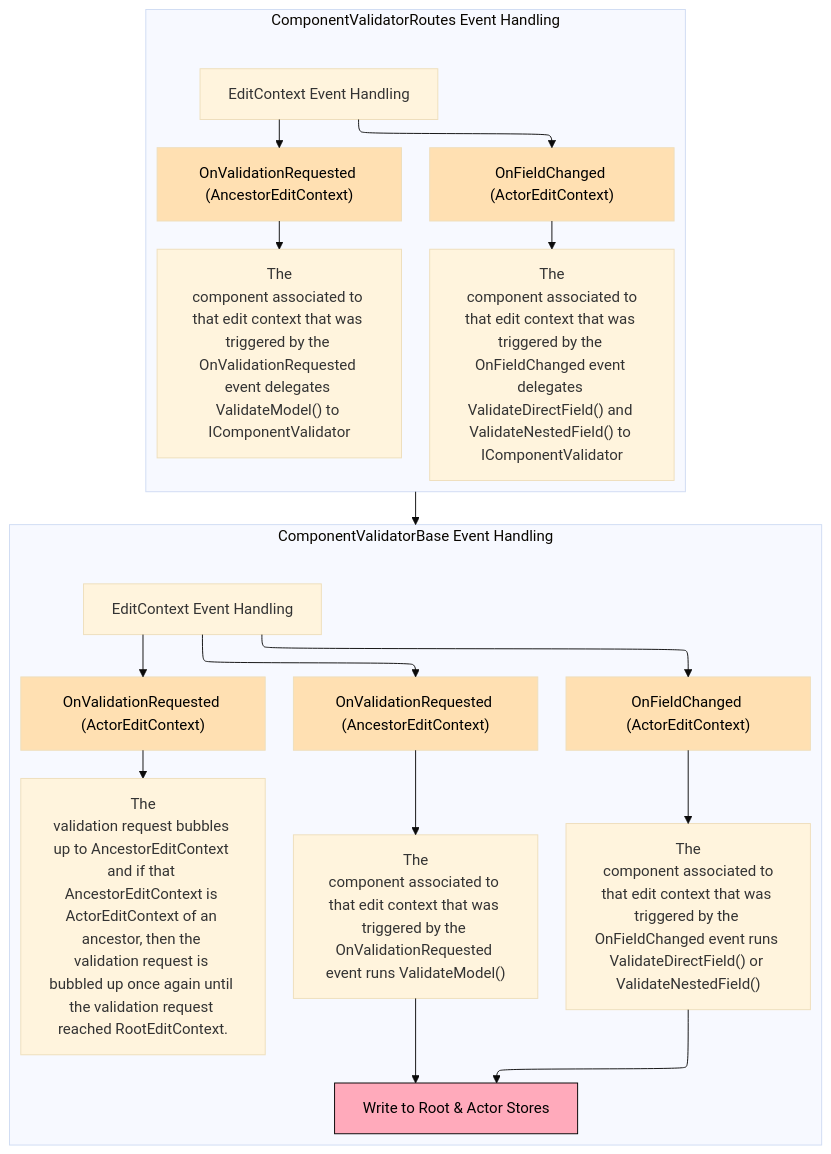
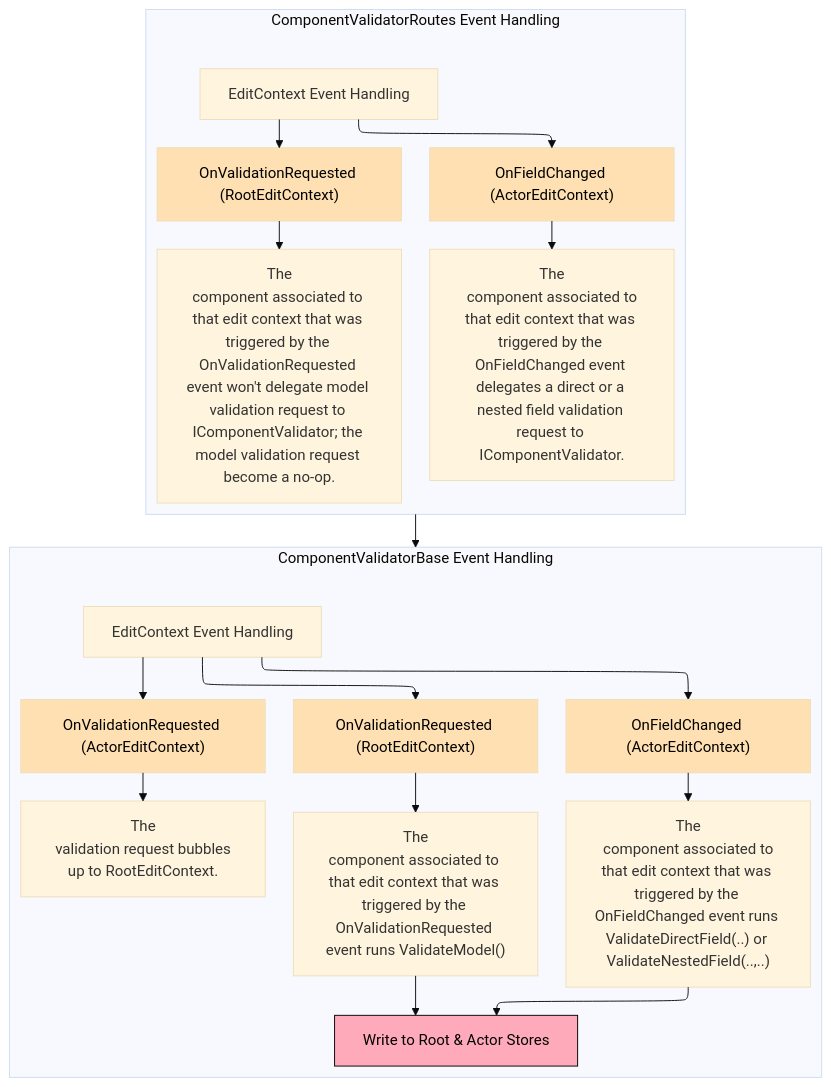
One commit to tenekon/Tenekon.FluentValidation.Extensions changed the second of 2 diagrams in src/Tenekon.FluentValidation.Extensions.AspNetCore.Components/FLOWLOGIC.md. Above: the diagram before and after it, drawn with Mermaid. The commit also changed other lines of this file and 13 other files, not shown here.

First line of the commit message:
fix!: any validator component in scope of root edit context are now validating their models

````diff
--- a/src/Tenekon.FluentValidation.Extensions.AspNetCore.Components/FLOWLOGIC.md
+++ b/src/Tenekon.FluentValidation.Extensions.AspNetCore.Components/FLOWLOGIC.md
@@ -146,60 +146,60 @@
 ```mermaid
 ---
 config:
   layout: elk
   theme: base
   look: classic
 ---
 flowchart TD
  subgraph s8["ComponentValidatorRoutes Event Handling"]
-        n16["OnValidationRequested (AncestorEditContext)"]
-        n17@{ label: "<span style=\"padding-left:\">The\n component associated to that edit context that was triggered by the \nOnValidationRequested event delegates ValidateModel() to \nIComponentValidator</span>" }
+        n16["OnValidationRequested (RootEditContext)"]
+        n17@{ label: "<span style=\"padding-left:\">The\n component associated to that edit context that was triggered by the \nOnValidationRequested event won't delegate model validation request to \nIComponentValidator; the model validation request become a no-op.</span>" }
         n18["OnFieldChanged (ActorEditContext)"]
         n19["The
  component associated to that edit context that was triggered by the 
-OnFieldChanged event delegates ValidateDirectField() and 
-ValidateNestedField() to IComponentValidator"]
+OnFieldChanged event delegates a direct or a nested field validation request to IComponentValidator."]
         n20["EditContext Event Handling"]
   end
  subgraph s9["ComponentValidatorBase Event Handling"]
         n21["OnValidationRequested (ActorEditContext)"]
-        n22@{ label: "The\n validation request bubbles up to AncestorEditContext and if that \nAncestorEditContext is ActorEditContext of an ancestor, then the vali<span style=\"padding-left:\">dation request </span>is bubbled up once again until the validation request reached RootEditContext." }
+        n22["The
+ validation request bubbles up to RootEditContext."]
         n23["Write to Root & Actor Stores"]
         n24["OnFieldChanged (ActorEditContext)"]
         n25["The
  component associated to that edit context that was triggered by the 
-OnFieldChanged event runs ValidateDirectField() or ValidateNestedField()"]
-        n32["OnValidationRequested (AncestorEditContext)"]
+OnFieldChanged event runs ValidateDirectField(..) or ValidateNestedField(..,..)"]
+        n32["OnValidationRequested (RootEditContext)"]
         n33@{ label: "<span style=\"padding-left:\">The\n component associated to that edit context that was triggered by the \nOnValidationRequested event runs ValidateModel()</span>" }
         n34["EditContext Event Handling"]
   end
     n16 --> n17
     n18 --> n19
     n20 --> n18 & n16
     n21 --> n22
     n24 --> n25
     n25 --> n23
     n32 --> n33
     n33 --> n23
     n34 --> n21 & n24 & n32
     s8 --> s9
     n16@{ shape: rect}
     n17@{ shape: rect}
     n18@{ shape: rect}
     n19@{ shape: rect}
     n20@{ shape: rect}
     n21@{ shape: rect}
     n22@{ shape: rect}
     n23@{ shape: rect}
     n24@{ shape: rect}
     n25@{ shape: rect}
     n32@{ shape: rect}
     n33@{ shape: rect}
     n34@{ shape: rect}
     style n16 fill:#FFE0B2,color:#000000
     style n18 fill:#FFE0B2,color:#000000
     style n21 fill:#FFE0B2,color:#000000
     style n23 fill:#fab,stroke:#000,stroke-width:1px,color:#000000
     style n24 fill:#FFE0B2,color:#000000
     style n32 fill:#FFE0B2,color:#000000
 ```
````
